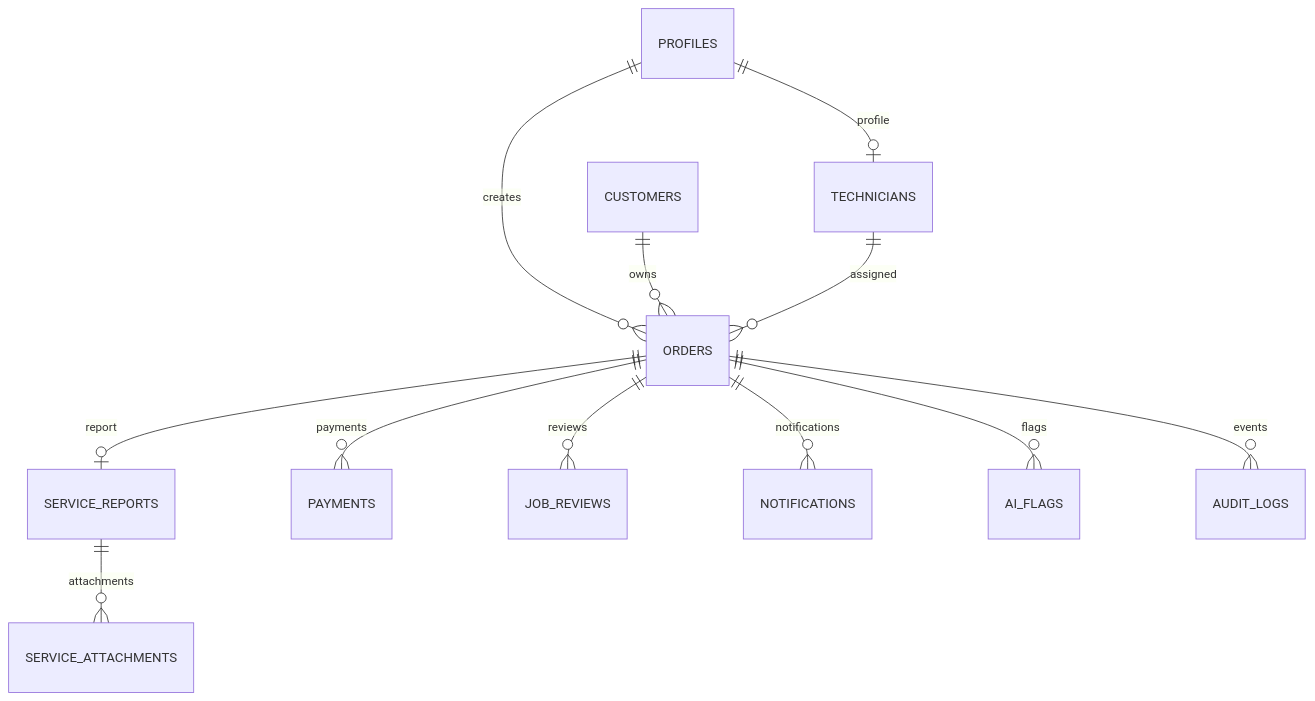
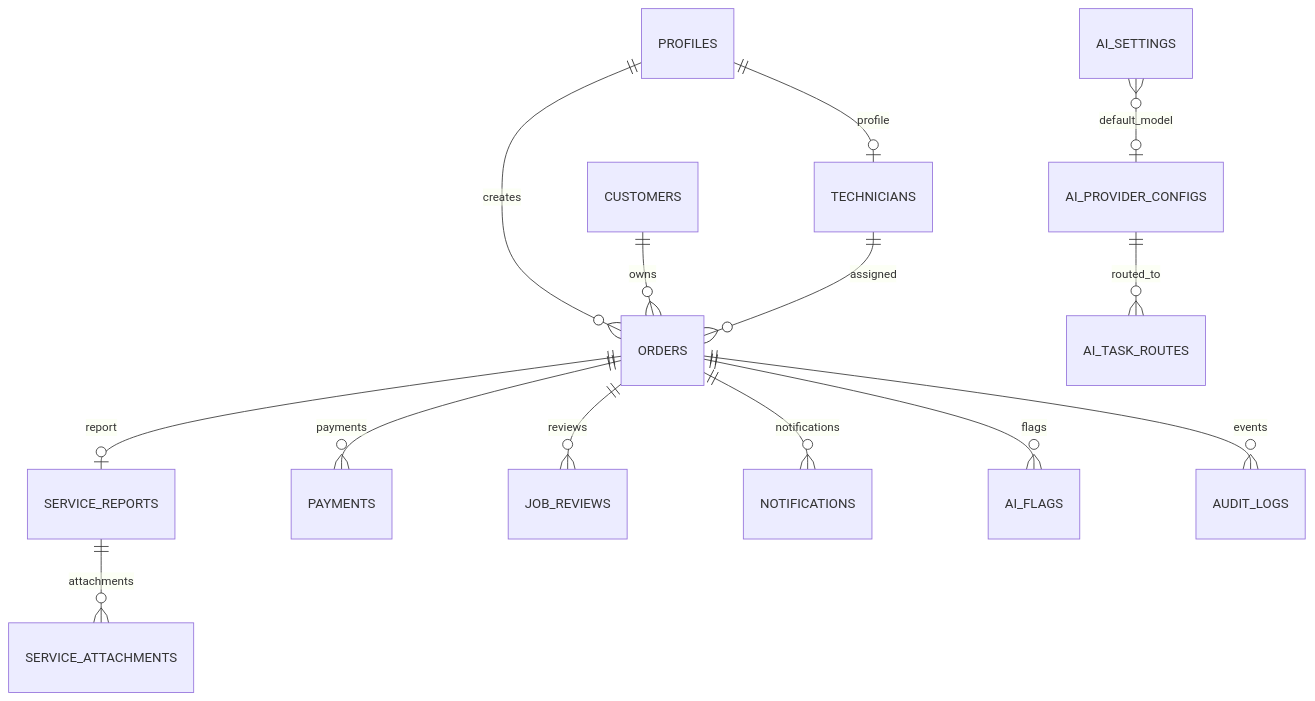
Before and after one commit to wong001110/sejukops-assessment: diagram 11 of 12 in docs/SYSTEM_SPEC.md, drawn with Mermaid. The commit also changed other lines of this file, not shown here.

````diff
--- a/docs/SYSTEM_SPEC.md
+++ b/docs/SYSTEM_SPEC.md
@@ -916,14 +849,16 @@
 ```mermaid
 erDiagram
     PROFILES ||--o| TECHNICIANS : profile
     PROFILES ||--o{ ORDERS : creates
     CUSTOMERS ||--o{ ORDERS : owns
     TECHNICIANS ||--o{ ORDERS : assigned
     ORDERS ||--o| SERVICE_REPORTS : report
     SERVICE_REPORTS ||--o{ SERVICE_ATTACHMENTS : attachments
     ORDERS ||--o{ PAYMENTS : payments
     ORDERS ||--o{ JOB_REVIEWS : reviews
     ORDERS ||--o{ NOTIFICATIONS : notifications
     ORDERS ||--o{ AI_FLAGS : flags
     ORDERS ||--o{ AUDIT_LOGS : events
+    AI_SETTINGS }o--o| AI_PROVIDER_CONFIGS : default_model
+    AI_PROVIDER_CONFIGS ||--o{ AI_TASK_ROUTES : routed_to
 ```
````
